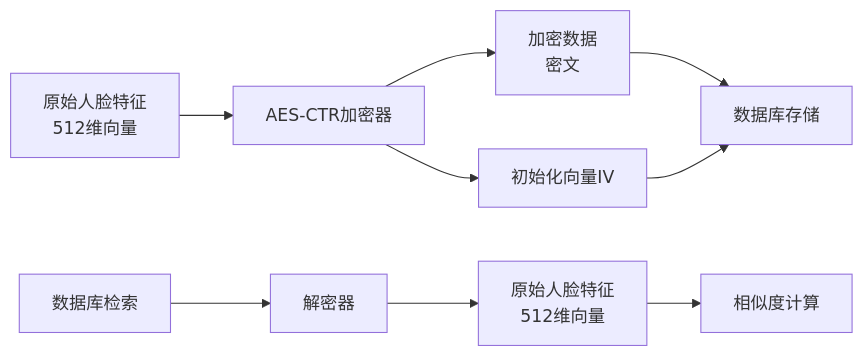
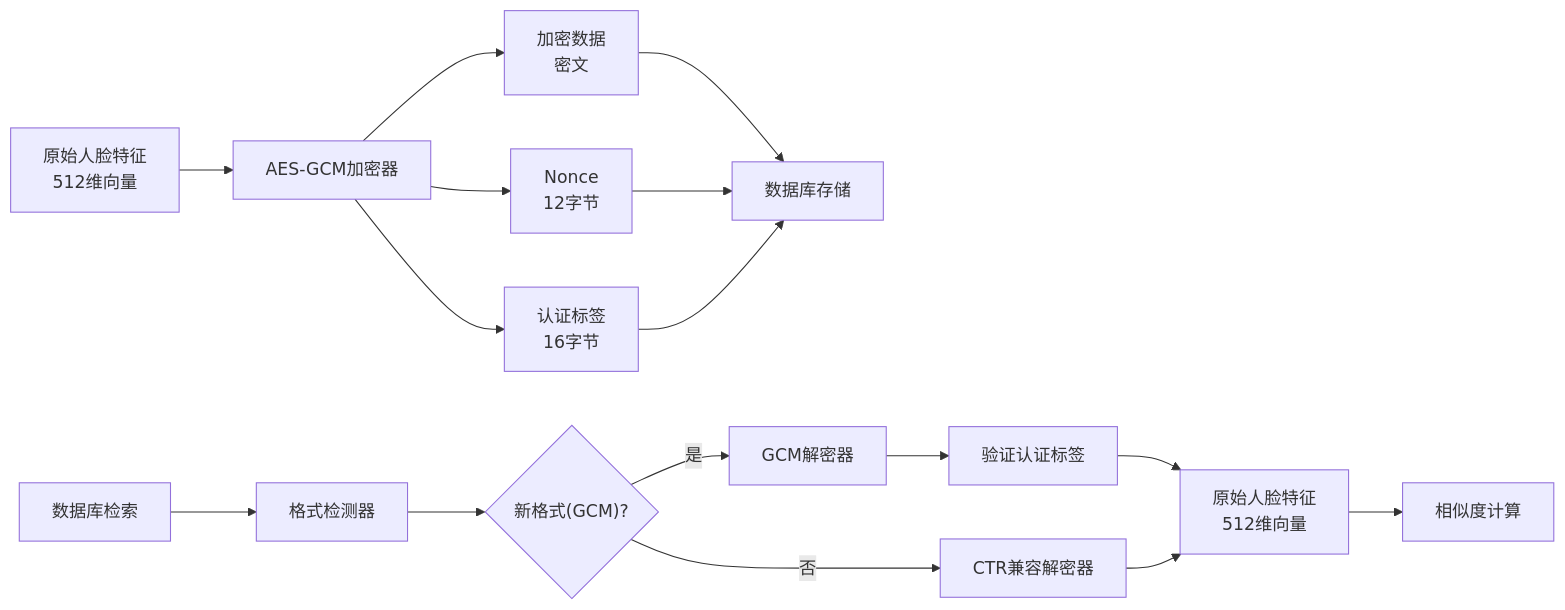
The fourth of 5 diagrams in .qoder/repowiki/zh/content/暑假作业打卡系统/核心业务功能/人脸识别系统.md (onebody/homework), drawn with Mermaid before and after one commit. The commit also changed other lines of this file and 28 other files, not shown here.

````diff
--- a/.qoder/repowiki/zh/content/暑假作业打卡系统/核心业务功能/人脸识别系统.md
+++ b/.qoder/repowiki/zh/content/暑假作业打卡系统/核心业务功能/人脸识别系统.md
@@ -327,11 +339,18 @@
 ```mermaid
 flowchart LR
-A["原始人脸特征<br/>512维向量"] --> B["AES-CTR加密器"]
+A["原始人脸特征<br/>512维向量"] --> B["AES-GCM加密器"]
 B --> C["加密数据<br/>密文"]
-B --> D["初始化向量IV"]
-C --> E["数据库存储"]
-D --> E
-F["数据库检索"] --> G["解密器"]
-G --> H["原始人脸特征<br/>512维向量"]
-H --> I["相似度计算"]
+B --> D["Nonce<br/>12字节"]
+B --> E["认证标签<br/>16字节"]
+C --> F["数据库存储"]
+D --> F
+E --> F
+G["数据库检索"] --> H["格式检测器"]
+H --> I{"新格式(GCM)?"}
+I --> |是| J["GCM解密器"]
+I --> |否| K["CTR兼容解密器"]
+J --> L["验证认证标签"]
+L --> M["原始人脸特征<br/>512维向量"]
+K --> M
+M --> N["相似度计算"]
 ```
````
